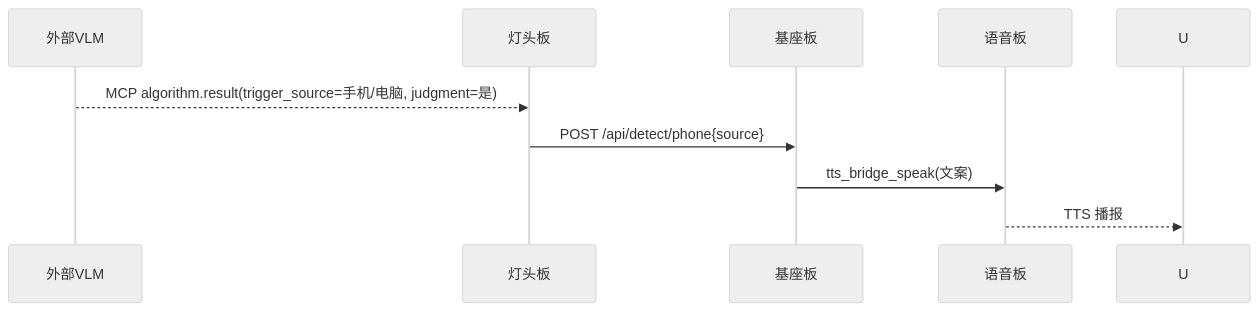
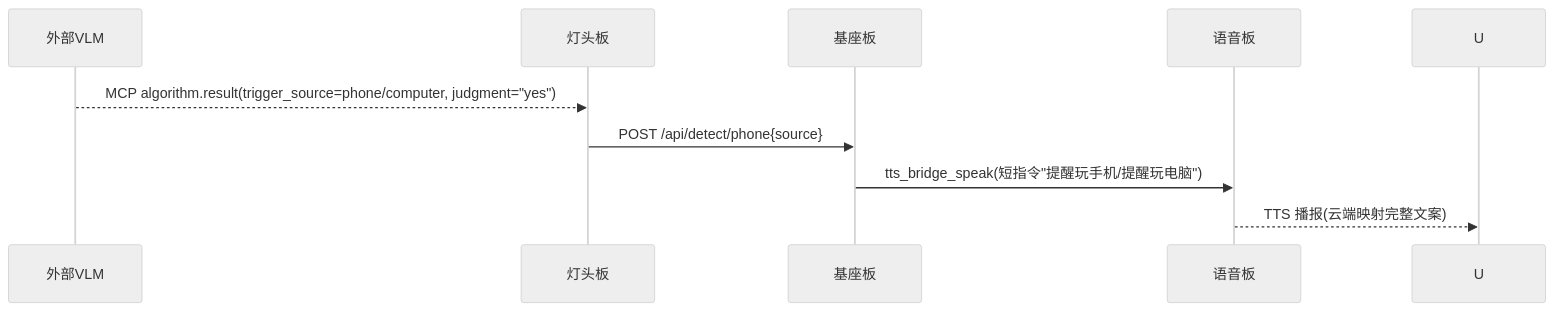
The fourth of 6 diagrams in plan/09-三板联动Demo接口契约.md (FocusGroup8/FocusLamp_DEMO2), drawn with Mermaid (neutral theme) before and after one commit. The commit also changed other lines of this file and 9 other files, not shown here.

````diff
--- a/plan/09-三板联动Demo接口契约.md
+++ b/plan/09-三板联动Demo接口契约.md
@@ -158,11 +157,11 @@
 ```mermaid
 sequenceDiagram
     participant V as 外部VLM
     participant H as 灯头板
     participant B as 基座板
     participant T as 语音板
-    V-->>H: MCP algorithm.result(trigger_source=手机/电脑, judgment=是)
+    V-->>H: MCP algorithm.result(trigger_source=phone/computer, judgment="yes")
     H->>B: POST /api/detect/phone{source}
-    B->>T: tts_bridge_speak(文案)
-    T-->>U: TTS 播报
+    B->>T: tts_bridge_speak(短指令"提醒玩手机/提醒玩电脑")
+    T-->>U: TTS 播报(云端映射完整文案)
 ```
````
